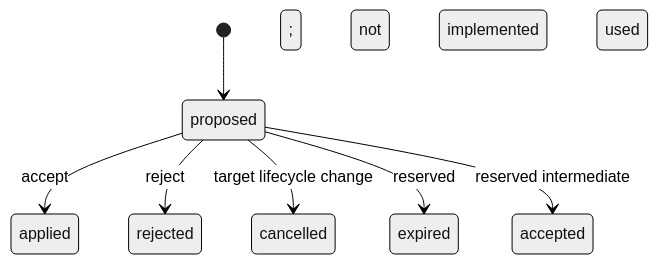
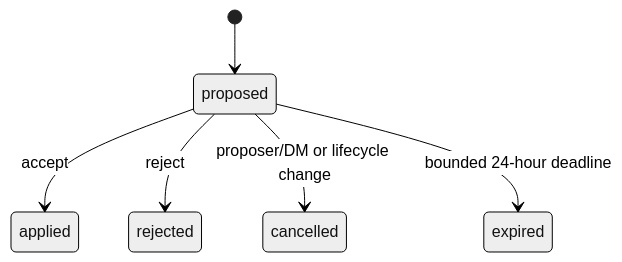
One commit to TrueMichato/ThelemarTools changed the fifth of 7 diagrams in docs/hub/domain-model.md. Above: the diagram before and after it, drawn with Mermaid (neutral theme). The commit also changed other lines of this file and 48 other files, not shown here.

````diff
--- a/docs/hub/domain-model.md
+++ b/docs/hub/domain-model.md
@@ -155,9 +160,8 @@
 ```mermaid
 stateDiagram-v2
   [*] --> proposed
   proposed --> applied: accept
   proposed --> rejected: reject
-  proposed --> cancelled: target lifecycle change
-  proposed --> expired: reserved; not implemented
-  proposed --> accepted: reserved intermediate; not used
+  proposed --> cancelled: proposer/DM or lifecycle change
+  proposed --> expired: bounded 24-hour deadline
 ```
````
